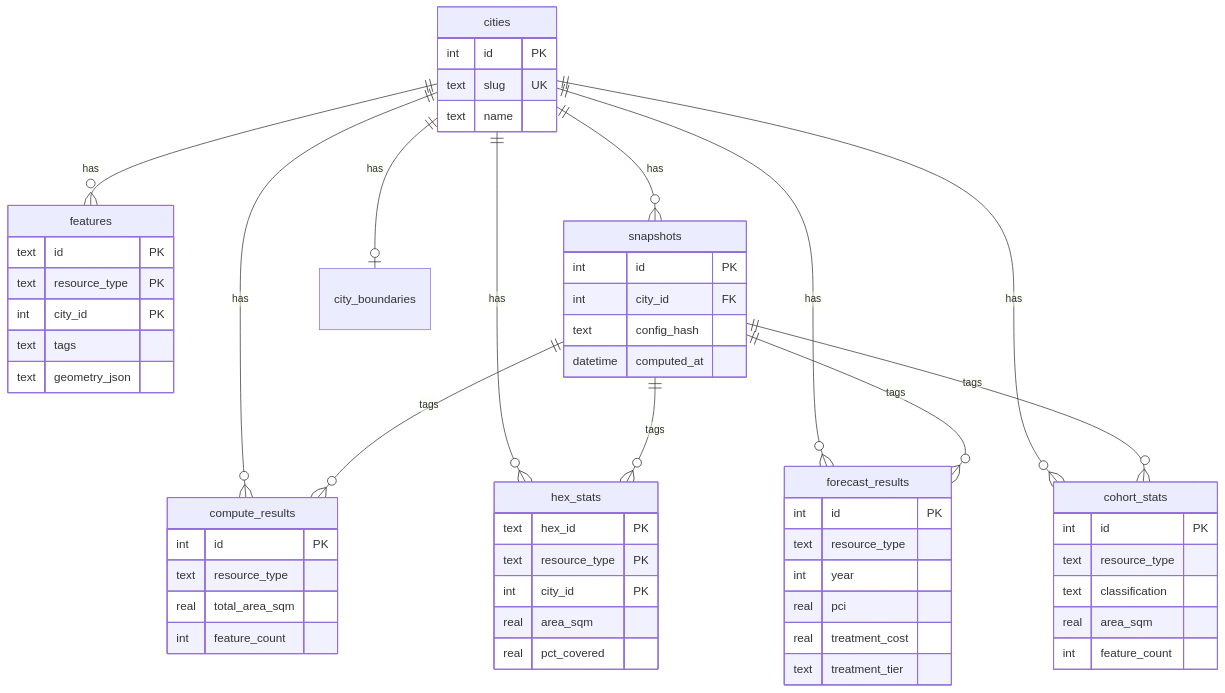
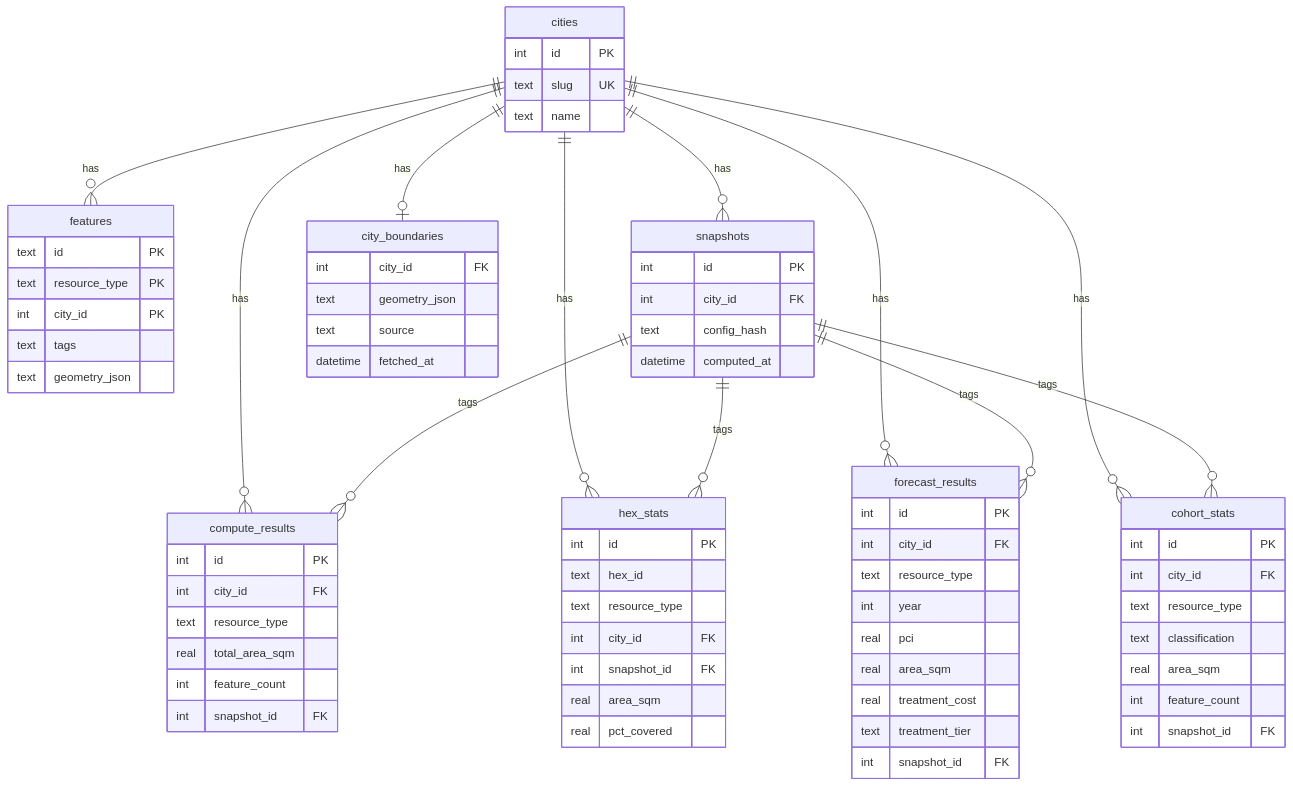
Before and after one commit to jcrussell/solvent-streets: the fourth of 4 diagrams in docs/architecture.md, drawn with Mermaid. The commit also changed other lines of this file, not shown here.

Commit message:
docs: refresh architecture.md to match current Factory + schema (solvent-streets-xfd)
- Factory DI: sync.Once → sync.OnceValues; note Logger is eager (LogLevel
  drives mutation), add Paths/Logger to the diagram, and describe how
  PersistentPreRunE wires --city/--units before subcommands are added.
- Database ERD: hex_stats now has an id PK + snapshot_id column (per
  migration 002, multiple historical snapshots can coexist); added
  snapshot_id and city_id FKs to compute_results, forecast_results,
  cohort_stats; added forecast_results.area_sqm; added city_boundaries
  entity block (it was in the relationship diagram but missing details).
- Snapshots design note: clarify saves append rather than DELETE-then-
  INSERT, so historical snapshots stay queryable.

````diff
--- a/docs/architecture.md
+++ b/docs/architecture.md
@@ -90,62 +92,77 @@
 ```mermaid
 erDiagram
     cities ||--o{ features : has
     cities ||--o{ compute_results : has
     cities ||--o{ hex_stats : has
     cities ||--o{ forecast_results : has
     cities ||--o{ cohort_stats : has
     cities ||--o{ snapshots : has
     cities ||--o| city_boundaries : has
 
     snapshots ||--o{ compute_results : tags
     snapshots ||--o{ hex_stats : tags
     snapshots ||--o{ forecast_results : tags
     snapshots ||--o{ cohort_stats : tags
 
     cities {
         int id PK
         text slug UK
         text name
     }
+    city_boundaries {
+        int city_id FK
+        text geometry_json
+        text source
+        datetime fetched_at
+    }
     snapshots {
         int id PK
         int city_id FK
         text config_hash
         datetime computed_at
     }
     features {
         text id PK
         text resource_type PK
         int city_id PK
         text tags
         text geometry_json
     }
     compute_results {
         int id PK
+        int city_id FK
         text resource_type
         real total_area_sqm
         int feature_count
+        int snapshot_id FK
     }
     hex_stats {
-        text hex_id PK
-        text resource_type PK
-        int city_id PK
+        int id PK
+        text hex_id
+        text resource_type
+        int city_id FK
+        int snapshot_id FK
         real area_sqm
         real pct_covered
     }
     forecast_results {
         int id PK
+        int city_id FK
         text resource_type
         int year
         real pci
+        real area_sqm
         real treatment_cost
         text treatment_tier
+        int snapshot_id FK
     }
     cohort_stats {
         int id PK
+        int city_id FK
         text resource_type
         text classification
         real area_sqm
         int feature_count
+        int snapshot_id FK
     }
 ```
````
